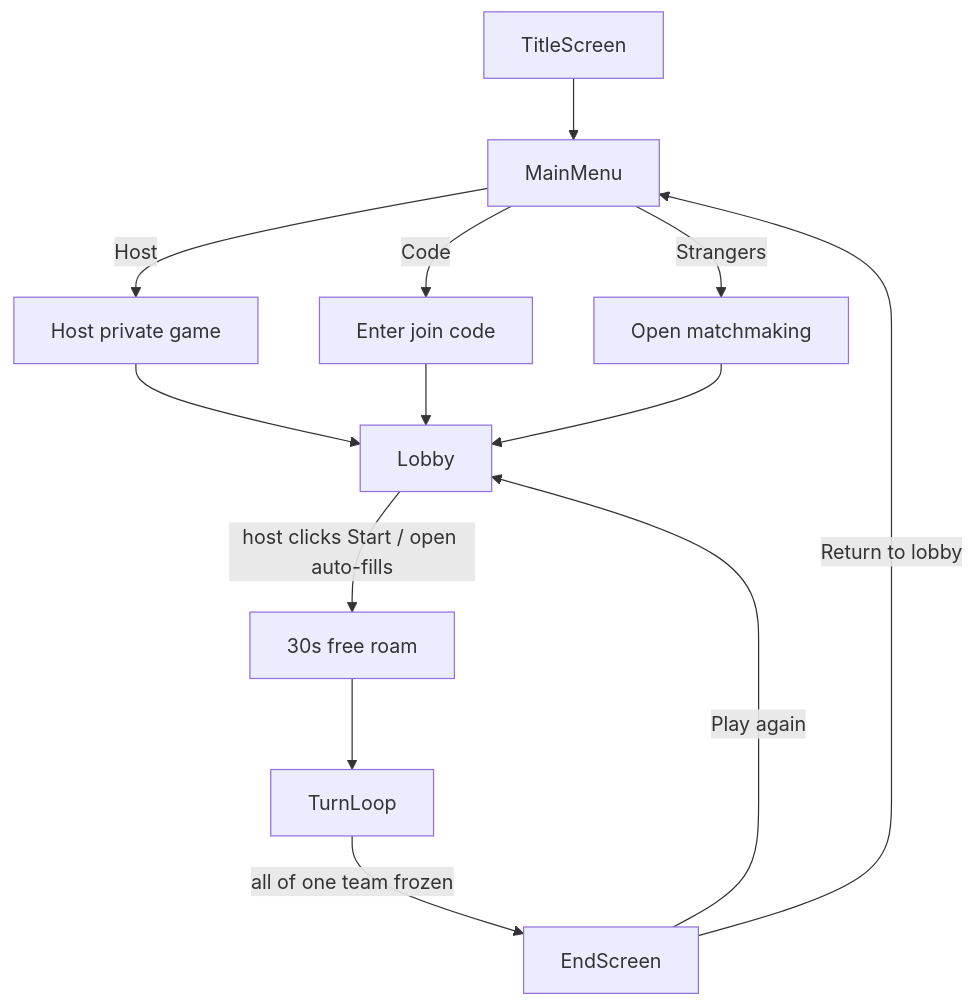
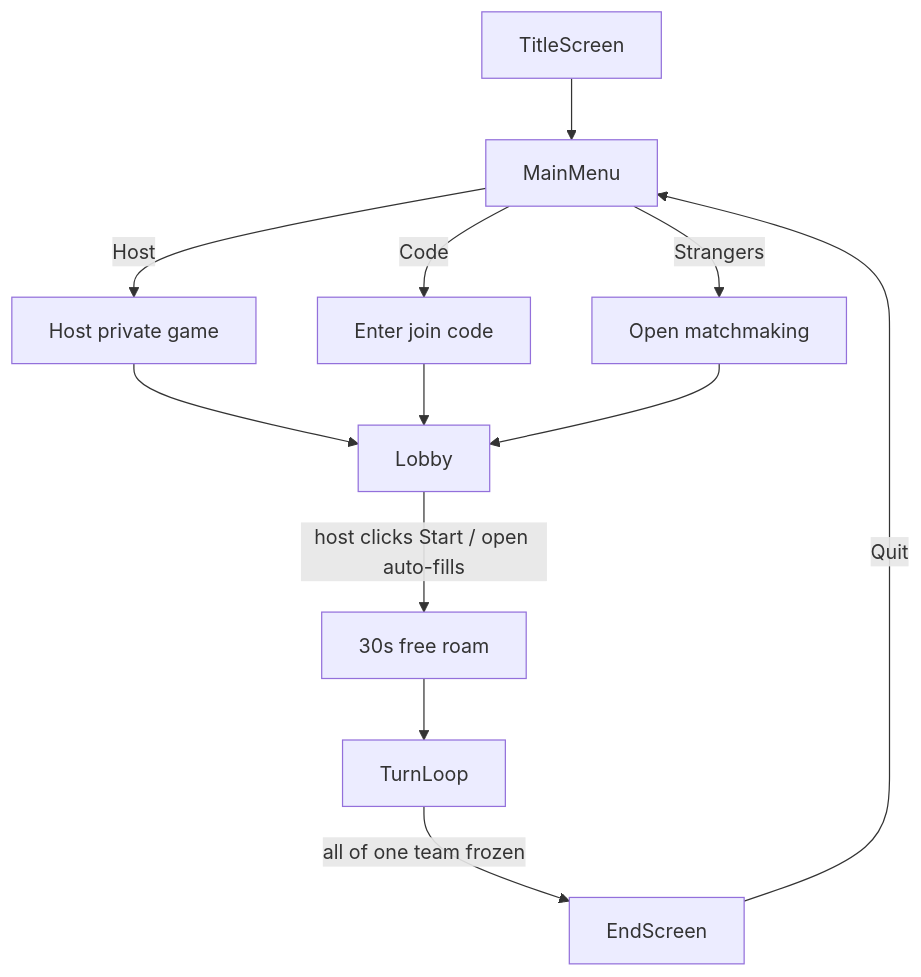
One commit to sean-reid/clowns-and-mimes changed the first of 9 diagrams in docs/ARCHITECTURE.md. Above: the diagram before and after it, drawn with Mermaid. The commit also changed other lines of this file, not shown here.

First line of the commit message:
docs: audit and refresh ARCHITECTURE

````diff
--- a/docs/ARCHITECTURE.md
+++ b/docs/ARCHITECTURE.md
@@ -94,15 +94,14 @@
 ```mermaid
 flowchart TB
   TitleScreen --> MainMenu
   MainMenu -->|Host| HostFlow[Host private game]
   MainMenu -->|Code| CodeFlow[Enter join code]
   MainMenu -->|Strangers| StrangerFlow[Open matchmaking]
   HostFlow --> Lobby
   CodeFlow --> Lobby
   StrangerFlow --> Lobby
   Lobby -->|host clicks Start / open auto-fills| Freeroam[30s free roam]
   Freeroam --> TurnLoop
   TurnLoop -->|all of one team frozen| EndScreen
-  EndScreen -->|Play again| Lobby
-  EndScreen -->|Return to lobby| MainMenu
+  EndScreen -->|Quit| MainMenu
 ```
````
